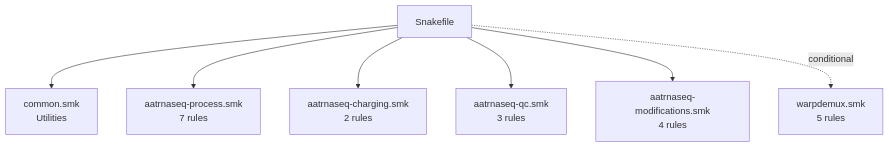
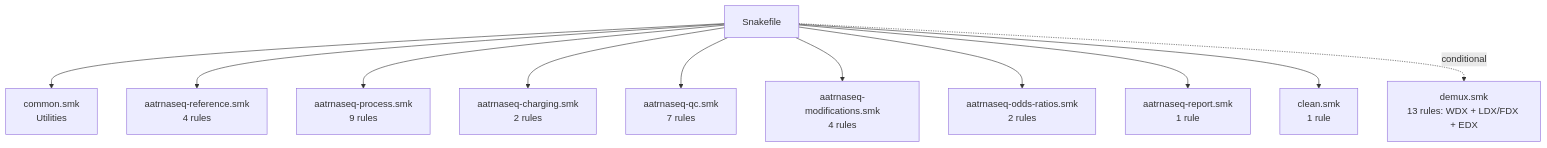
The first of 4 diagrams in docs/development/architecture.md (rnabioco/aa-tRNA-seq-pipeline), drawn with Mermaid before and after one commit. The commit also changed other lines of this file and 11 other files, not shown here.

First line of the commit message:
docs: catch up docs to LDX/FDX demux, calmd, and POD5 staging (#182)

````diff
--- a/docs/development/architecture.md
+++ b/docs/development/architecture.md
@@ -71,9 +80,13 @@
 ```mermaid
 flowchart TB
     A[Snakefile] --> B[common.smk<br/>Utilities]
-    A --> C[aatrnaseq-process.smk<br/>7 rules]
+    A --> REF[aatrnaseq-reference.smk<br/>4 rules]
+    A --> C[aatrnaseq-process.smk<br/>9 rules]
     A --> D[aatrnaseq-charging.smk<br/>2 rules]
-    A --> E[aatrnaseq-qc.smk<br/>3 rules]
+    A --> E[aatrnaseq-qc.smk<br/>7 rules]
     A --> F[aatrnaseq-modifications.smk<br/>4 rules]
-    A -.->|conditional| G[warpdemux.smk<br/>5 rules]
+    A --> OR[aatrnaseq-odds-ratios.smk<br/>2 rules]
+    A --> R[aatrnaseq-report.smk<br/>1 rule]
+    A --> CL[clean.smk<br/>1 rule]
+    A -.->|conditional| G[demux.smk<br/>13 rules: WDX + LDX/FDX + EDX]
 ```
````
